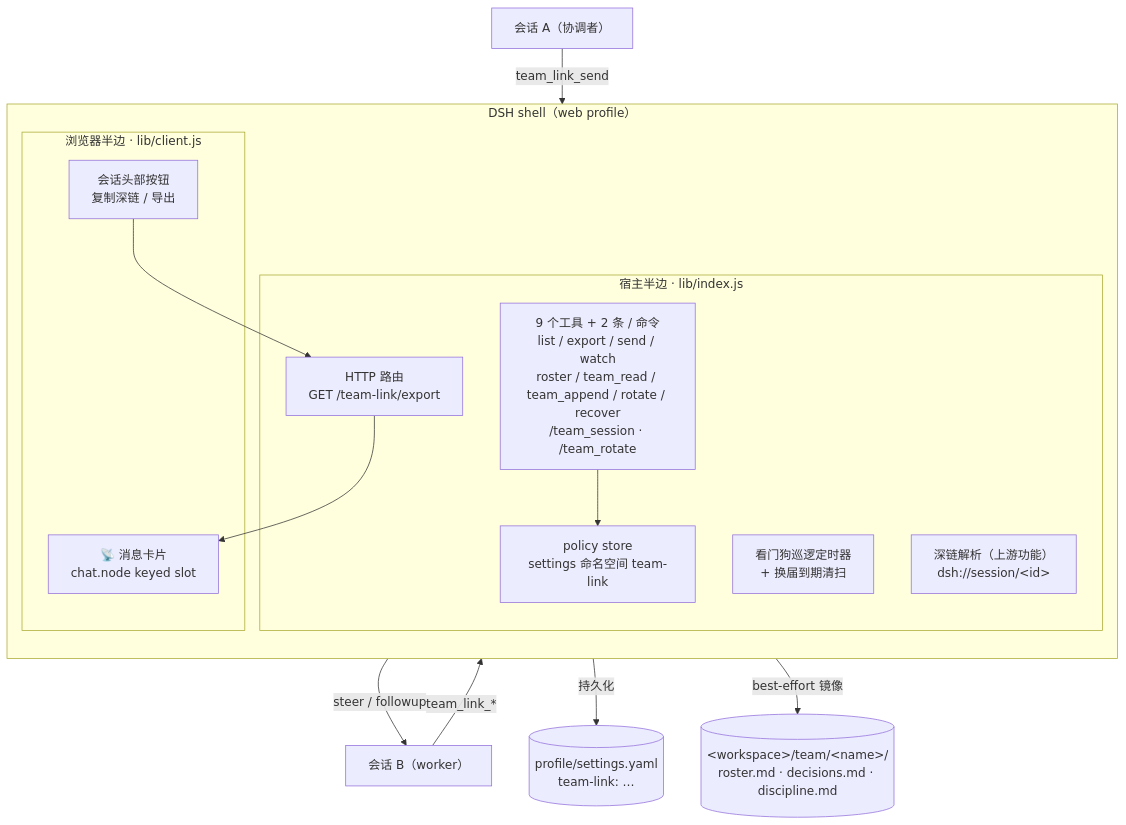
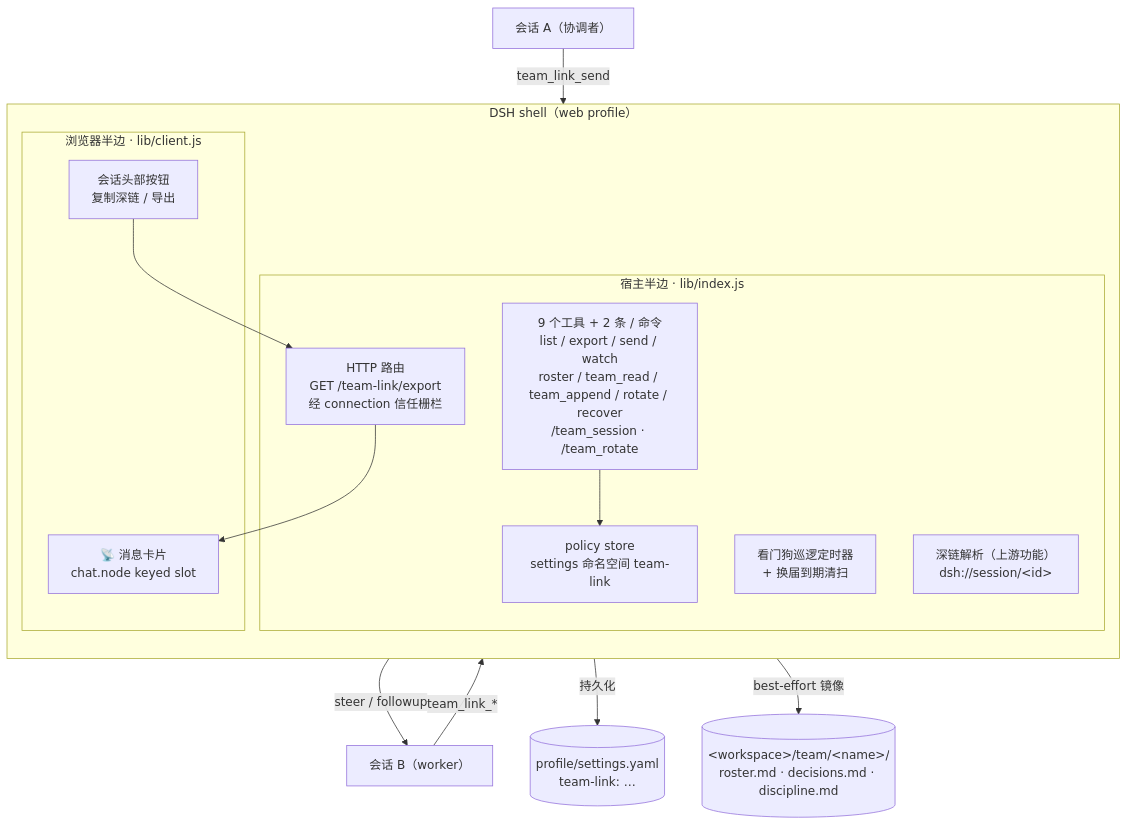
Before and after one commit to shenhuanageshei/dsh-team-link: the first of 7 diagrams in README.md, drawn with Mermaid. The commit also changed other lines of this file and 4 other files, not shown here.

First line of the commit message:
feat(export): 批次1 §4.1 - 给 /team-link/export 接上平台的信任栅栏（两层 fail-closed）

````diff
--- a/README.md
+++ b/README.md
@@ -78,25 +78,25 @@
 ```mermaid
 flowchart TB
     subgraph Shell["DSH shell（web profile）"]
         direction TB
         subgraph Host["宿主半边 · lib/index.js"]
             T["9 个工具 + 2 条 / 命令<br/>list / export / send / watch<br/>roster / team_read / team_append / rotate / recover<br/>/team_session · /team_rotate"]
-            R["HTTP 路由<br/>GET /team-link/export"]
+            R["HTTP 路由<br/>GET /team-link/export<br/>经 connection 信任栅栏"]
             W["看门狗巡逻定时器<br/>+ 换届到期清扫"]
             DL["深链解析（上游功能）<br/>dsh://session/&lt;id&gt;"]
             ST["policy store<br/>settings 命名空间 team-link"]
         end
         subgraph Client["浏览器半边 · lib/client.js"]
             CARD["📡 消息卡片<br/>chat.node keyed slot"]
             BTN["会话头部按钮<br/>复制深链 / 导出"]
         end
     end
     S1["会话 A（协调者）"] -->|team_link_send| T
     S2["会话 B（worker）"] -->|team_link_*| T
     T -->|steer / followup| S2
     T --> ST
     ST -->|持久化| YAML[("profile/settings.yaml<br/>team-link: …")]
     T -->|best-effort 镜像| BB[("&lt;workspace&gt;/team/&lt;name&gt;/<br/>roster.md · decisions.md · discipline.md")]
     R --> CARD
     BTN --> R
 ```
````
